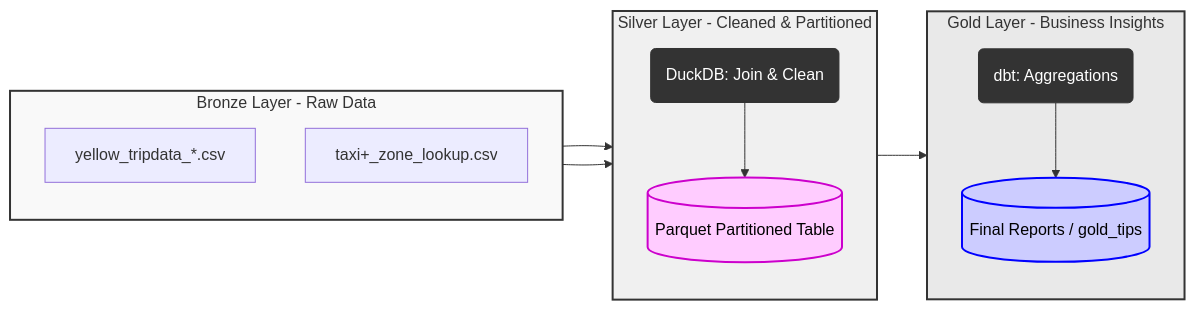
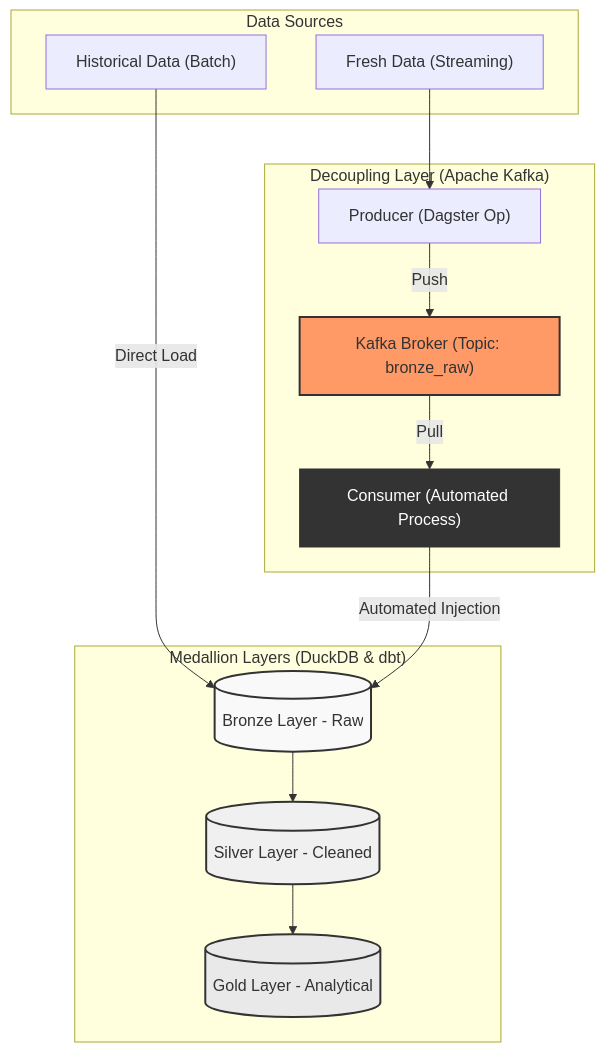
The diagram in README.md (DamianZajac01/pjatk-big-data-02), drawn with Mermaid before and after one commit. The commit also changed other lines of this file and 5 other files, not shown here.

Commit message:
implement kafka decoupling layer and hybrid streaming-batch pipeline

````diff
--- a/README.md
+++ b/README.md
@@ -14,41 +16,35 @@
 ```mermaid
-graph LR
-    subgraph Bronze_Layer [Bronze Layer - Raw Data]
-        direction TB
-        B1[yellow_tripdata_*.csv]
-        B2[taxi+_zone_lookup.csv]
+graph TD
+    subgraph "Data Sources"
+        CSV_H["Historical Data (Batch)"]
+        CSV_S["Fresh Data (Streaming)"]
     end
 
-    subgraph Silver_Layer [Silver Layer - Cleaned & Partitioned]
-        direction TB
-        S1(DuckDB: Join & Clean)
-        S2[(Parquet Partitioned Table)]
+    subgraph "Decoupling Layer (Apache Kafka)"
+        P["Producer (Dagster Op)"]
+        K["Kafka Broker (Topic: bronze_raw)"]
+        C["Consumer (Automated Process)"]
     end
 
-    subgraph Gold_Layer [Gold Layer - Business Insights]
-        direction TB
-        G1(dbt: Aggregations)
-        G2[(Final Reports / gold_tips)]
+    subgraph "Medallion Layers (DuckDB & dbt)"
+        B[(Bronze Layer - Raw)]
+        S[(Silver Layer - Cleaned)]
+        G[(Gold Layer - Analytical)]
     end
 
-    %% Connections
-    B1 --> S1
-    B2 --> S1
-    S1 --> S2
-    S2 --> G1
-    G1 --> G2
+    %% Flow
+    CSV_H -->|Direct Load| B
+    CSV_S --> P
+    P -->|Push| K
+    K -->|Pull| C
+    C -->|Automated Injection| B
+    B --> S
+    S --> G
 
-    %% Styling for visibility and contrast
-    style Bronze_Layer fill:#f9f9f9,stroke:#333,stroke-width:2px,color:#333
-    style Silver_Layer fill:#f0f0f0,stroke:#333,stroke-width:2px,color:#333
-    style Gold_Layer fill:#e9e9e9,stroke:#333,stroke-width:2px,color:#333
-
-    %% Styling nodes for contrast (black text on lighter colors)
-    style S1 fill:#333,stroke:#333,color:#fff
-    style G1 fill:#333,stroke:#333,color:#fff
-    
-    %% Fixing Parquet & Final Reports visibility
-    %% Using lighter pastel colors with black text
-    style S2 fill:#ffccff,stroke:#cc00cc,color:#000,stroke-width:2px
-    style G2 fill:#ccccff,stroke:#0000ff,color:#000,stroke-width:2px
+    %% Styling
+    style K fill:#f96,stroke:#333,stroke-width:2px
+    style C fill:#333,stroke:#333,color:#fff
+    style B fill:#f9f9f9,stroke:#333,stroke-width:2px
+    style S fill:#f0f0f0,stroke:#333,stroke-width:2px
+    style G fill:#e9e9e9,stroke:#333,stroke-width:2px
 ```
````
